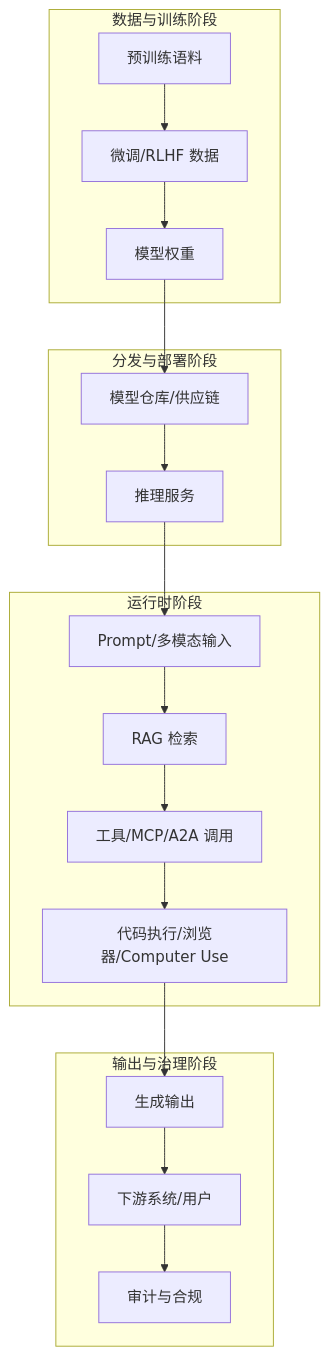
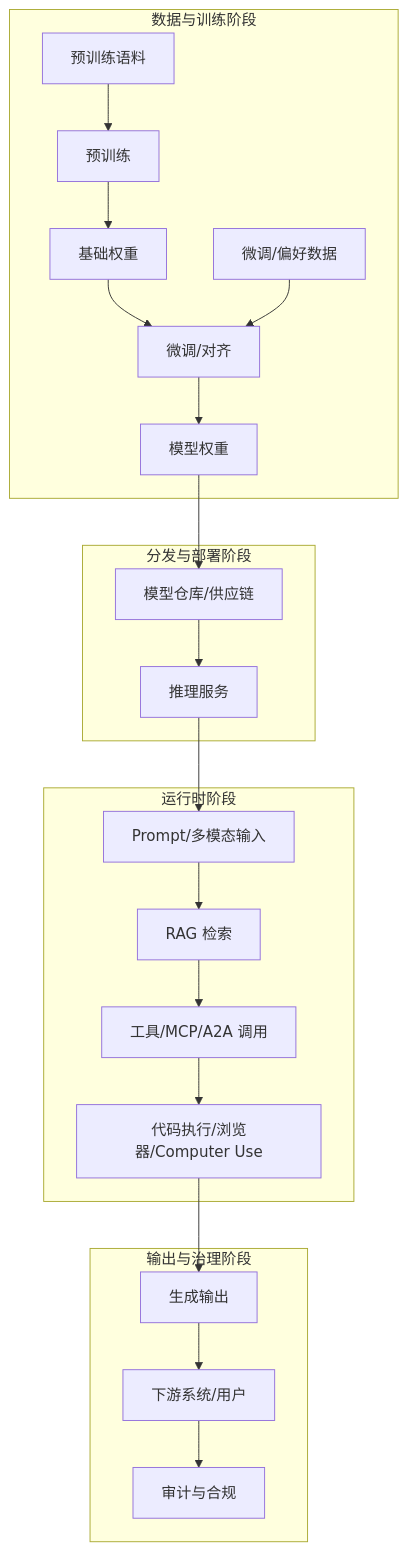
One commit to oneleaveknowsthefall/awesome-ai-roadmap changed the third of 3 diagrams in docs/safety/01-threat-modeling/01-ai-threat-modeling-attack-surface.md. Above: the diagram before and after it, drawn with Mermaid. The commit also changed other lines of this file and 27 other files, not shown here.

````diff
--- a/docs/safety/01-threat-modeling/01-ai-threat-modeling-attack-surface.md
+++ b/docs/safety/01-threat-modeling/01-ai-threat-modeling-attack-surface.md
@@ -69,22 +69,25 @@
 ```mermaid
 flowchart TB
     subgraph S1["数据与训练阶段"]
-        D1[预训练语料] --> D2[微调/RLHF 数据]
-        D2 --> D3[模型权重]
+        D1[预训练语料] --> PRE[预训练]
+        PRE --> BASE[基础权重]
+        BASE --> FT[微调/对齐]
+        D2[微调/偏好数据] --> FT
+        FT --> D3[模型权重]
     end
     subgraph S2["分发与部署阶段"]
         D3 --> P1[模型仓库/供应链]
         P1 --> P2[推理服务]
     end
     subgraph S3["运行时阶段"]
         P2 --> R1[Prompt/多模态输入]
         R1 --> R2[RAG 检索]
         R2 --> R3[工具/MCP/A2A 调用]
         R3 --> R4[代码执行/浏览器/Computer Use]
     end
     subgraph S4["输出与治理阶段"]
         R4 --> O1[生成输出]
         O1 --> O2[下游系统/用户]
         O2 --> G1[审计与合规]
     end
 ```
````
